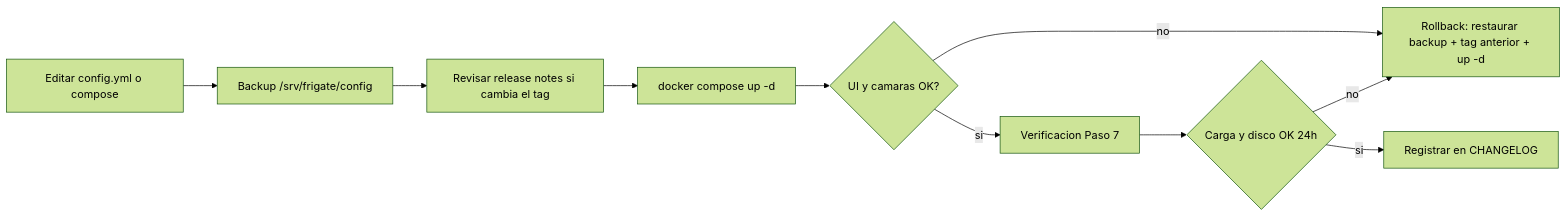
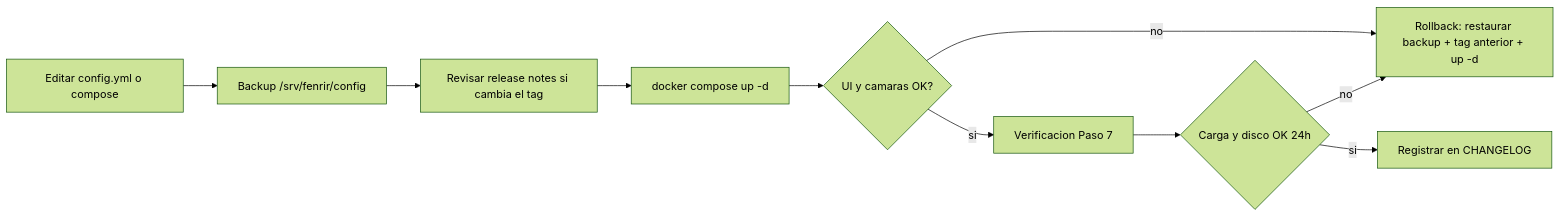
One commit to higerotech/fenrir changed the second of 3 diagrams in docs/05-deployment/deployment.md. Above: the diagram before and after it, drawn with Mermaid (forest theme). The commit also changed other lines of this file and 18 other files, not shown here.

````diff
--- a/docs/05-deployment/deployment.md
+++ b/docs/05-deployment/deployment.md
@@ -280,12 +280,12 @@
 ```mermaid
 flowchart LR
-    A[Editar config.yml o compose] --> B[Backup /srv/frigate/config]
+    A[Editar config.yml o compose] --> B[Backup /srv/fenrir/config]
     B --> C[Revisar release notes si cambia el tag]
     C --> D[docker compose up -d]
     D --> E{UI y camaras OK?}
     E -- si --> F[Verificacion Paso 7]
     E -- no --> R[Rollback: restaurar backup + tag anterior + up -d]
     F --> G{Carga y disco OK 24h}
     G -- no --> R
     G -- si --> H[Registrar en CHANGELOG]
 ```
````
